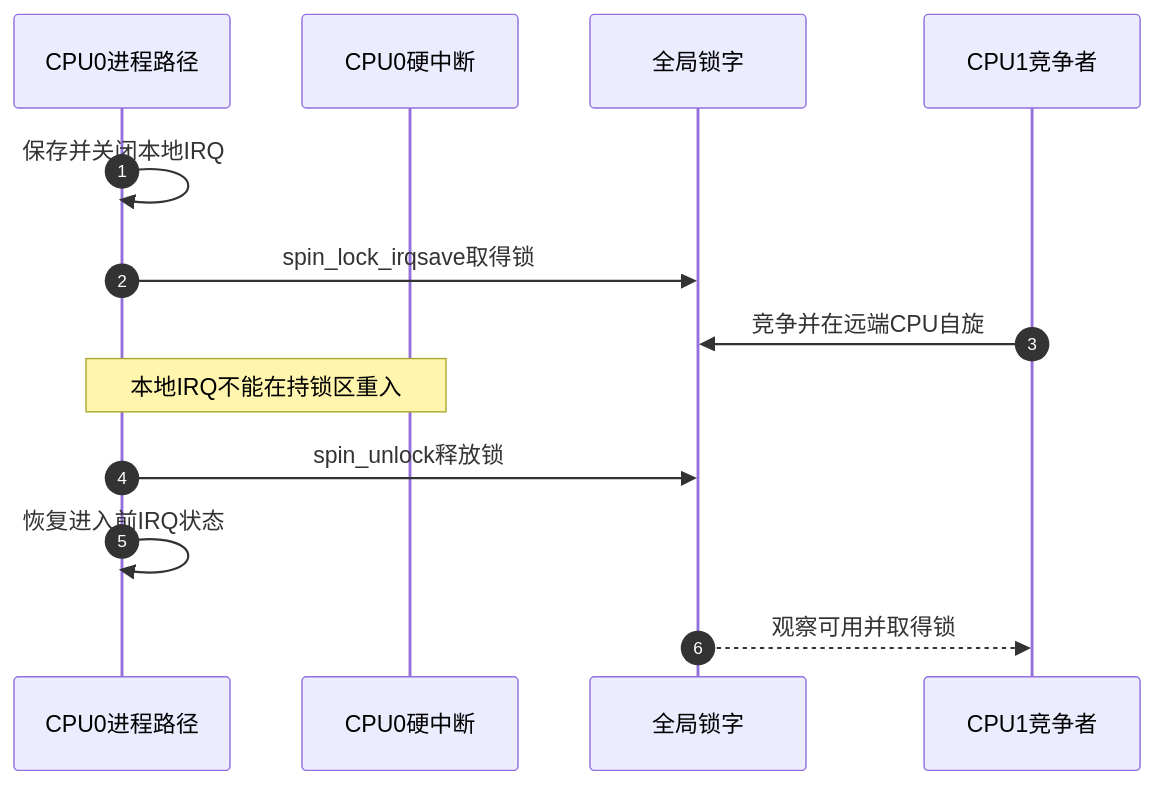
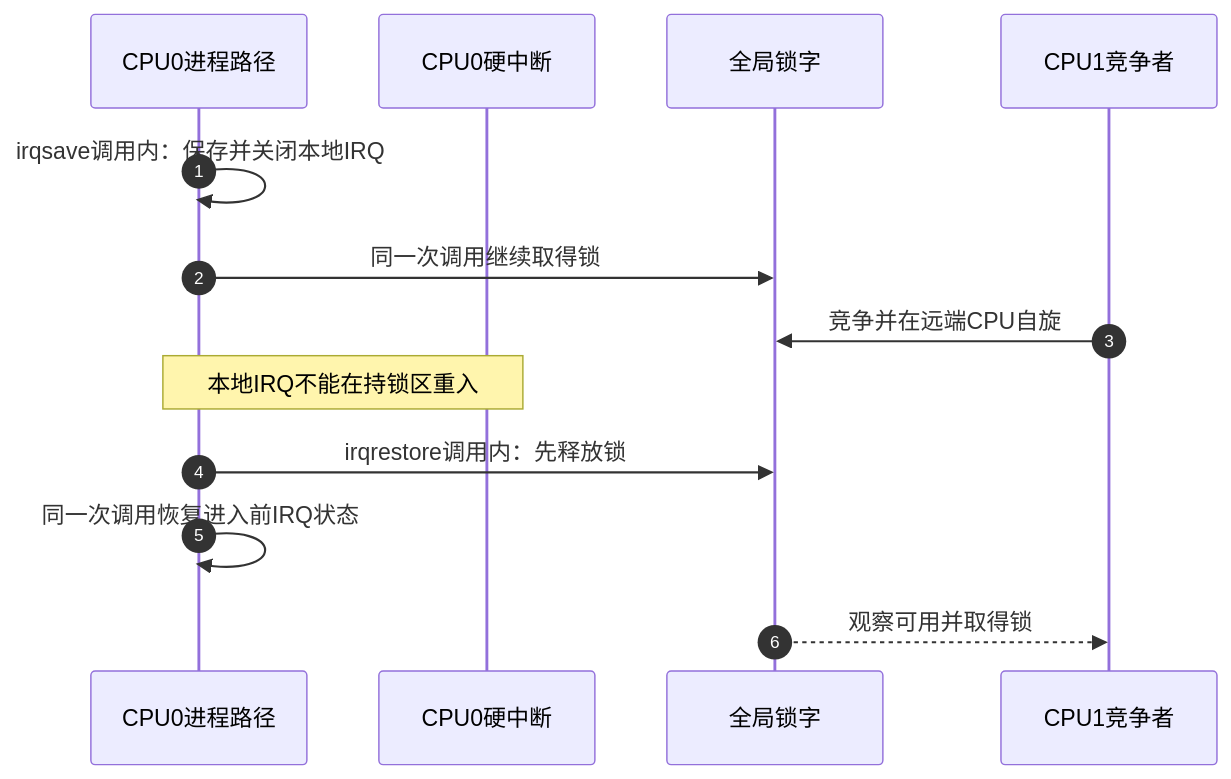
Before and after one commit to FormingSystem/linux_note: the third of 3 diagrams in knowledge/linux/synchronization_and_asynchrony/synchronization/locks/P04_spinlock实现与上下文边界.md, drawn with Mermaid. The commit also changed other lines of this file and 1 other file, not shown here.

First line of the commit message:
content(linux/locking): 分开释放资格与收尾并校正票号锁关系图

````diff
--- a/knowledge/linux/synchronization_and_asynchrony/synchronization/locks/P04_spinlock实现与上下文边界.md
+++ b/knowledge/linux/synchronization_and_asynchrony/synchronization/locks/P04_spinlock实现与上下文边界.md
@@ -85,16 +86,16 @@
 ```mermaid
 sequenceDiagram
     autonumber
     participant P as CPU0进程路径
     participant I as CPU0硬中断
     participant L as 全局锁字
     participant C as CPU1竞争者
 
-    P->>P: 保存并关闭本地IRQ
-    P->>L: spin_lock_irqsave取得锁
+    P->>P: irqsave调用内：保存并关闭本地IRQ
+    P->>L: 同一次调用继续取得锁
     C->>L: 竞争并在远端CPU自旋
     Note over P,I: 本地IRQ不能在持锁区重入
-    P->>L: spin_unlock释放锁
-    P->>P: 恢复进入前IRQ状态
+    P->>L: irqrestore调用内：先释放锁
+    P->>P: 同一次调用恢复进入前IRQ状态
     L-->>C: 观察可用并取得锁
 ```
````
